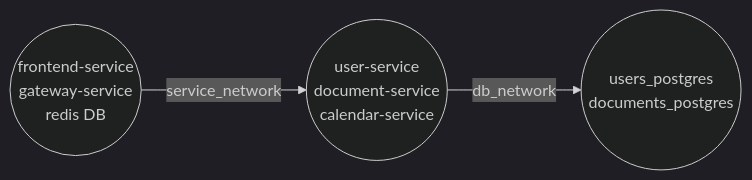
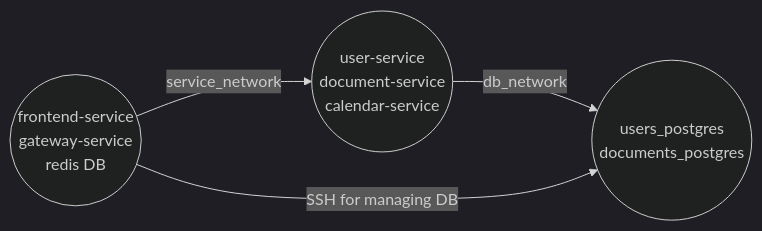
One commit to samgozman/validity.red changed the diagram in deploy/README.md. Above: the diagram before and after it, drawn with Mermaid (dark theme). The commit also changed other lines of this file and 1 other file, not shown here.

````diff
--- a/deploy/README.md
+++ b/deploy/README.md
@@ -5,6 +5,7 @@
 ```mermaid
 graph LR
     A((frontend-service <br/> gateway-service <br/> redis DB <br/>))
     A--> |service_network| B((user-service <br/> document-service <br/> calendar-service <br/>))
     B--> |db_network| C((users_postgres <br/> documents_postgres <br/>))
+    A--> |SSH for managing DB| C
 ```
````
